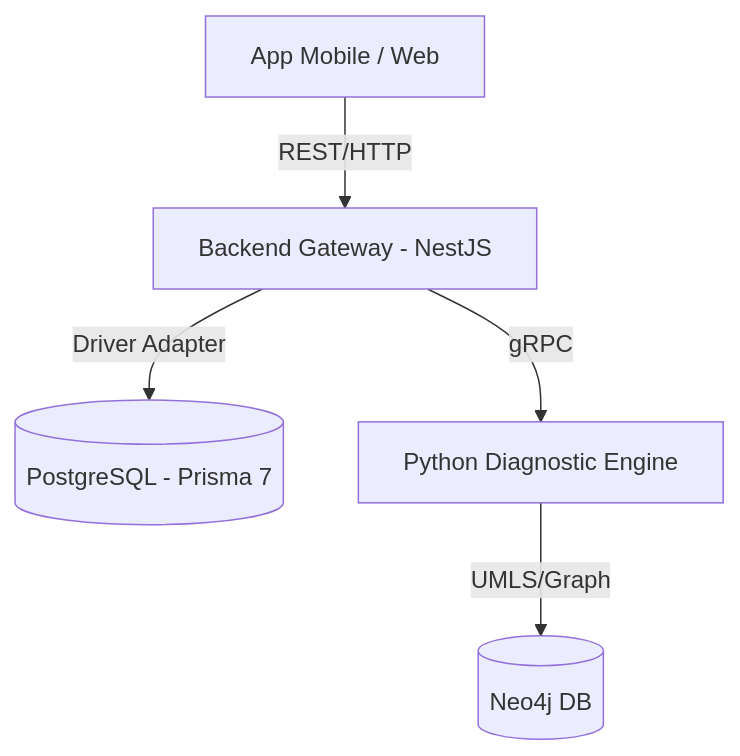
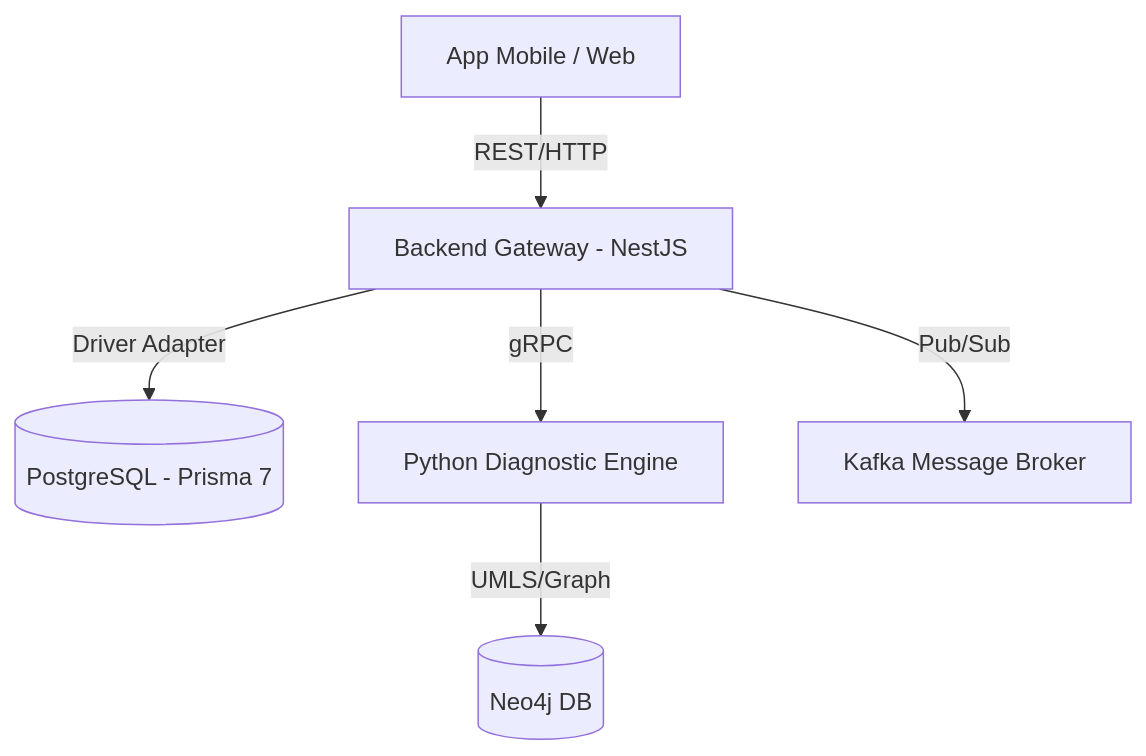
Before and after one commit to Gabrielc476/projeto-medico: the diagram in brain/05-Backend-Gateway/00 - Mapa Geral.md, drawn with Mermaid. The commit also changed 4 other files, not shown here.

````diff
--- a/brain/05-Backend-Gateway/00 - Mapa Geral.md
+++ b/brain/05-Backend-Gateway/00 - Mapa Geral.md
@@ -7,7 +7,8 @@
 ```mermaid
 graph TD
     Client[App Mobile / Web] -->|REST/HTTP| Gateway[Backend Gateway - NestJS]
     Gateway -->|Driver Adapter| Postgres[(PostgreSQL - Prisma 7)]
     Gateway -->|gRPC| Diagnostic[Python Diagnostic Engine]
+    Gateway -->|Pub/Sub| Kafka[Kafka Message Broker]
     Diagnostic -->|UMLS/Graph| Neo4j[(Neo4j DB)]
 ```
````
